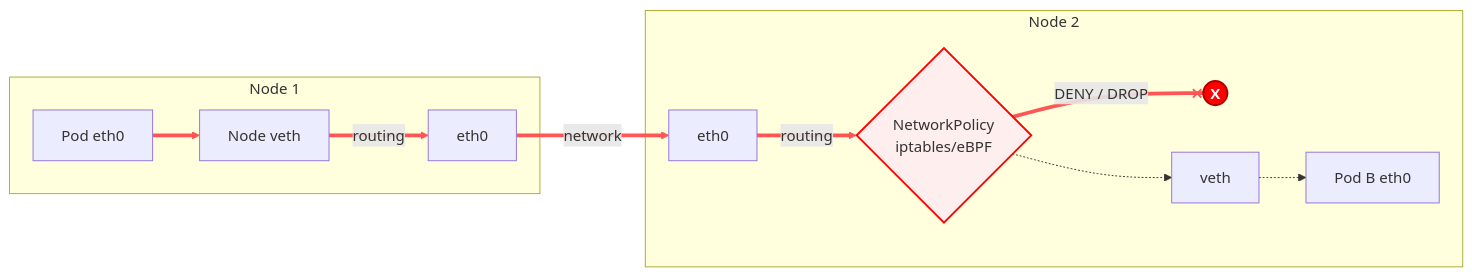
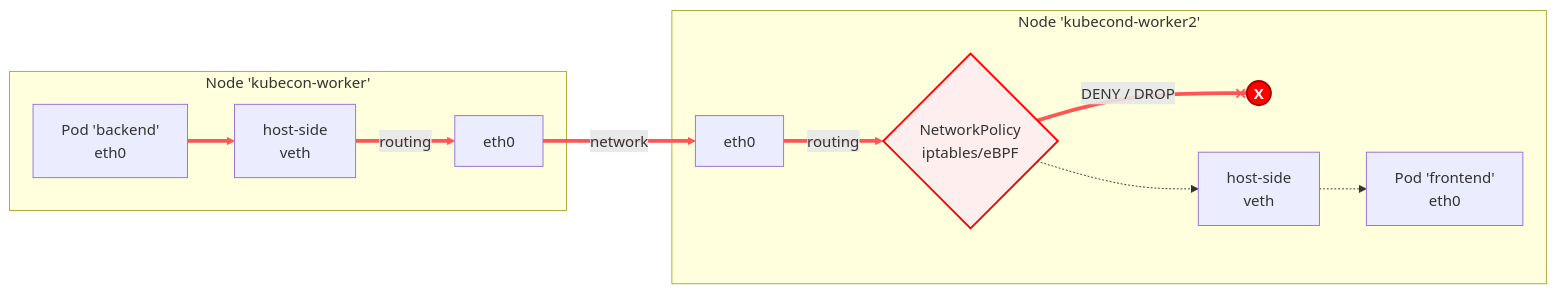
One commit to SRodi/srodi.github.io changed diagram 14 of 15 in _posts/2025-03-17-kubecon.md. Above: the diagram before and after it, drawn with Mermaid. The commit also changed other lines of this file, not shown here.

````diff
--- a/_posts/2025-03-17-kubecon.md
+++ b/_posts/2025-03-17-kubecon.md
@@ -293,22 +296,22 @@
 ```mermaid
 graph LR
-    subgraph Node1 ["Node 1"]
-        PodA[Pod eth0] --> Root1[Node veth]
+    subgraph Node1 ["Node 'kubecon-worker'"]
+        PodA[Pod 'backend'<br>eth0] --> Root1[host-side<br>veth]
         Root1 -->|routing| Phys1[eth0]
     end
 
     Phys1 -->|network| Phys2[eth0]
 
-    subgraph Node2 ["Node 2"]
+    subgraph Node2 ["Node 'kubecond-worker2'"]
         Phys2 -->|routing| NP{NetworkPolicy<br>iptables/eBPF}
         NP --x|DENY / DROP| Blocked((X))
-        NP -.-> Root2[veth]
-        Root2 -.-> PodB[Pod B eth0]
+        NP -.-> Root2[host-side<br>veth]
+        Root2 -.-> PodB[Pod 'frontend'<br>eth0]
     end
 
     style Blocked fill:#f00,color:#fff,stroke:#a00,stroke-width:2px,font-weight:bold
     style NP fill:#fee,stroke:#f00,stroke-width:2px
 
     %% Highlight the packet flow
     linkStyle 0,1,2,3,4 stroke:#ff5555,stroke-width:4px;
 ```
````
